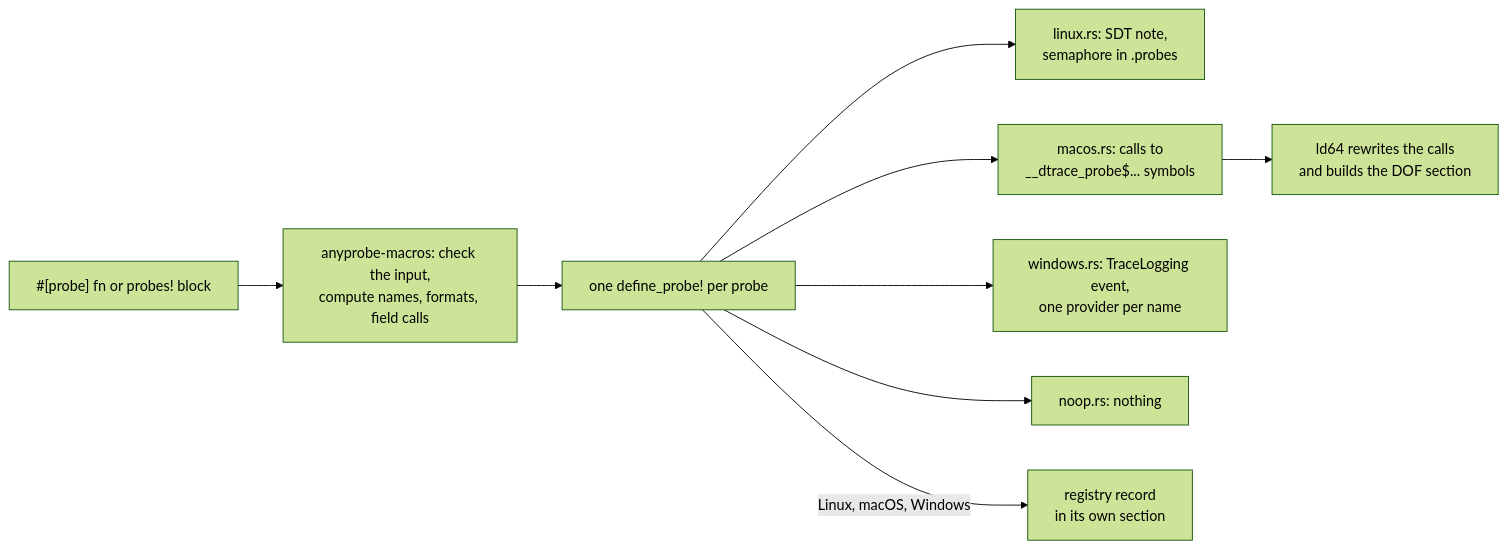
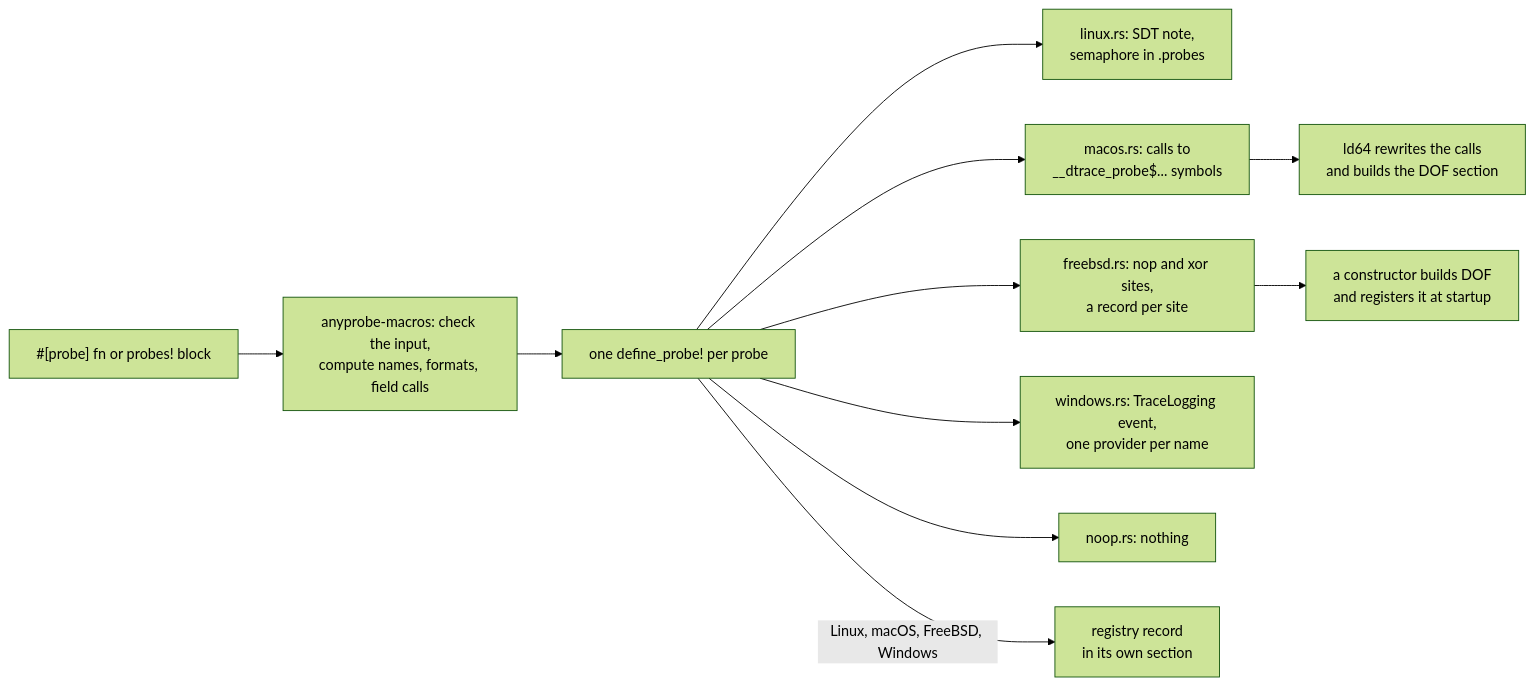
The first of 2 diagrams in docs/ARCHITECTURE.md (jrobhoward/anyprobe), drawn with Mermaid (forest theme) before and after one commit. The commit also changed other lines of this file and 32 other files, not shown here.

Commit message:
Add FreeBSD implementation

````diff
--- a/docs/ARCHITECTURE.md
+++ b/docs/ARCHITECTURE.md
@@ -25,11 +25,13 @@
 ```mermaid
 flowchart LR
     A["#[probe] fn or probes! block"] --> M["anyprobe-macros: check the input,<br/>compute names, formats, field calls"]
     M --> D["one define_probe! per probe"]
     D --> L["linux.rs: SDT note,<br/>semaphore in .probes"]
     D --> O["macos.rs: calls to<br/>__dtrace_probe$... symbols"]
+    D --> F["freebsd.rs: nop and xor sites,<br/>a record per site"]
     D --> W["windows.rs: TraceLogging event,<br/>one provider per name"]
     D --> N["noop.rs: nothing"]
     O --> LD["ld64 rewrites the calls<br/>and builds the DOF section"]
-    D -->|"Linux, macOS, Windows"| R["registry record<br/>in its own section"]
+    F --> RT["a constructor builds DOF<br/>and registers it at startup"]
+    D -->|"Linux, macOS, FreeBSD, Windows"| R["registry record<br/>in its own section"]
 ```
````
